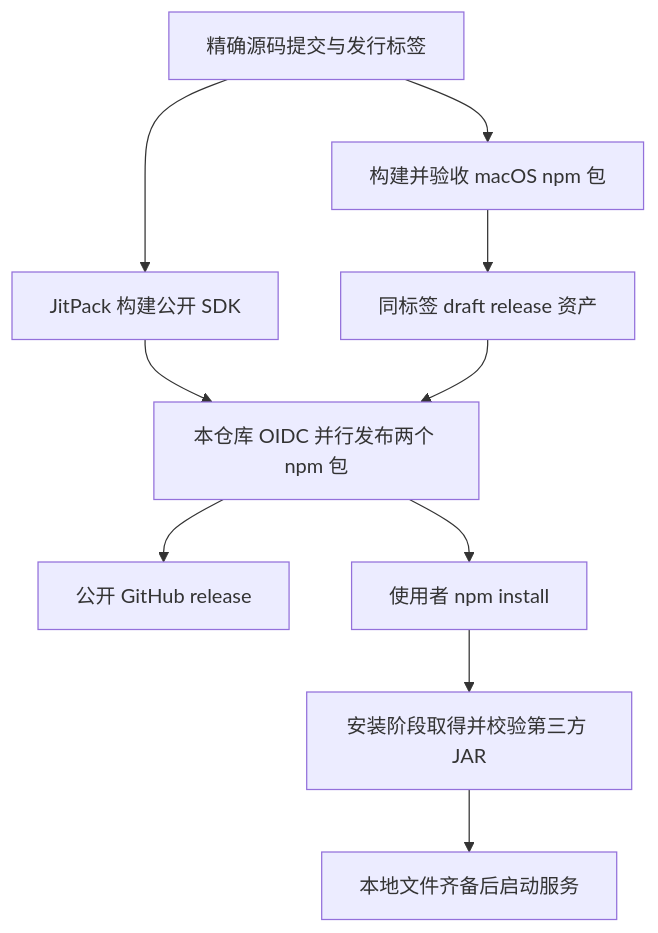
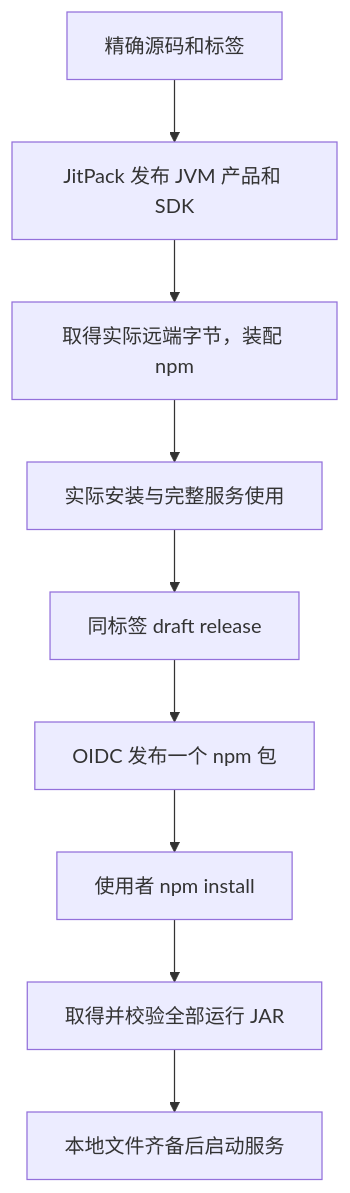
One commit to hanger-source/agentic-olap changed the diagram in docs/installation-release.md. Above: the diagram before and after it, drawn with Mermaid. The commit also changed other lines of this file and 26 other files, not shown here.

Commit message:
build: 单一 npm 包交付并从 JitPack 安装 JVM 产品构件 [skip ci]

````diff
--- a/docs/installation-release.md
+++ b/docs/installation-release.md
@@ -61,12 +48,11 @@
 ```mermaid
 flowchart TD
-    S[精确源码提交与发行标签] --> J[JitPack 构建公开 SDK]
-    S --> B[构建并验收 macOS npm 包]
-    B --> D[同标签 draft release 资产]
-    J --> P[本仓库 OIDC 并行发布两个 npm 包]
-    D --> P
-    P --> R[公开 GitHub release]
+    S[精确源码和标签] --> J[JitPack 发布 JVM 产品和 SDK]
+    J --> B[取得实际远端字节，装配 npm]
+    B --> V[实际安装与完整服务使用]
+    V --> D[同标签 draft release]
+    D --> P[OIDC 发布一个 npm 包]
     P --> I[使用者 npm install]
-    I --> C[安装阶段取得并校验第三方 JAR]
-    C --> L[本地文件齐备后启动服务]
+    I --> C[取得并校验全部运行 JAR]
+    C --> R[本地文件齐备后启动服务]
 ```
````
